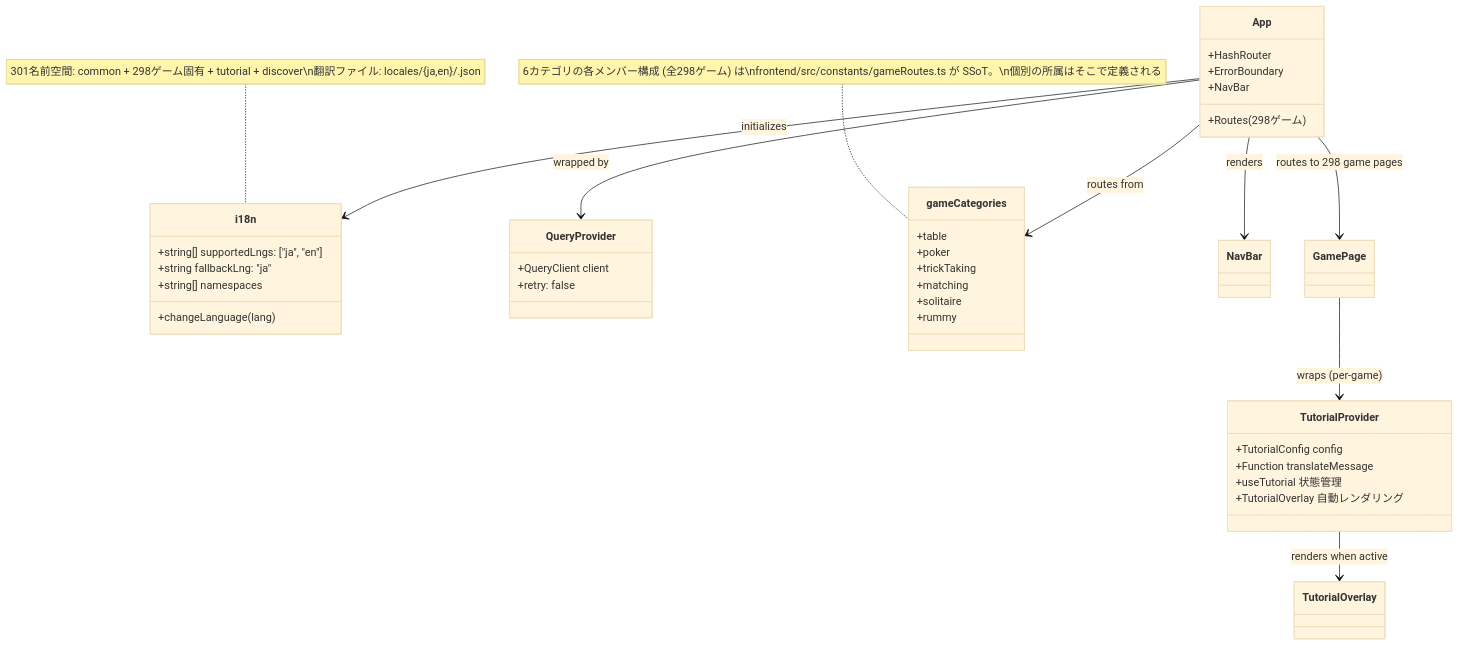
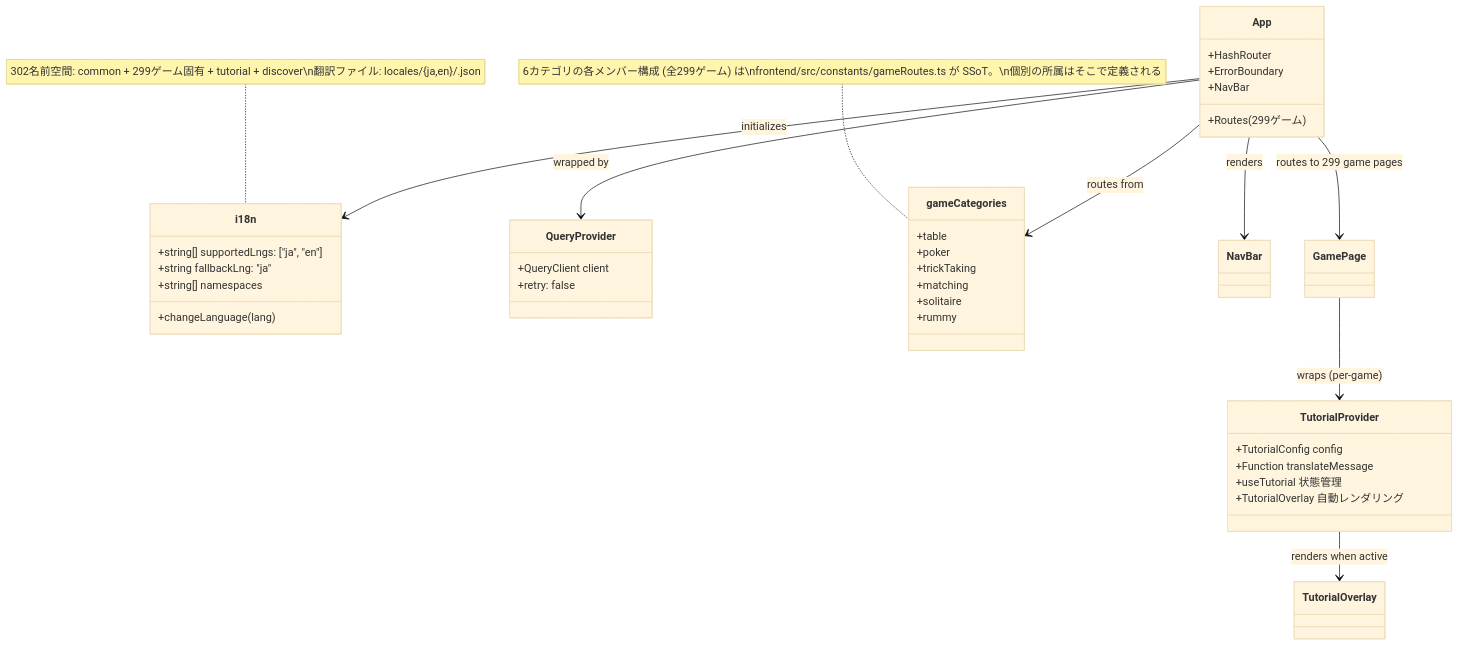
Before and after one commit to yuta-yoshinaga/go_trumpcards: the ninth of 49 diagrams in docs/design/frontend.md, drawn with Mermaid (base theme). The commit also changed other lines of this file and 59 other files, not shown here.

````diff
--- a/docs/design/frontend.md
+++ b/docs/design/frontend.md
@@ -1869,48 +1869,48 @@
 ```mermaid
 classDiagram
     class i18n {
         +string[] supportedLngs: ["ja", "en"]
         +string fallbackLng: "ja"
         +string[] namespaces
         +changeLanguage(lang)
     }
 
     class QueryProvider {
         +QueryClient client
         +retry: false
     }
 
     class App {
         +HashRouter
         +ErrorBoundary
         +NavBar
-        +Routes (298ゲーム)
+        +Routes (299ゲーム)
     }
 
     class gameCategories {
         +table
         +poker
         +trickTaking
         +matching
         +solitaire
         +rummy
     }
-    note for gameCategories "6カテゴリの各メンバー構成 (全298ゲーム) は\nfrontend/src/constants/gameRoutes.ts が SSoT。\n個別の所属はそこで定義される"
+    note for gameCategories "6カテゴリの各メンバー構成 (全299ゲーム) は\nfrontend/src/constants/gameRoutes.ts が SSoT。\n個別の所属はそこで定義される"
 
     class TutorialProvider {
         +TutorialConfig config
         +Function translateMessage
         +useTutorial 状態管理
         +TutorialOverlay 自動レンダリング
     }
 
     App --> QueryProvider : wrapped by
     App --> i18n : initializes
     App --> gameCategories : routes from
     App --> NavBar : renders
-    App --> GamePage : routes to 298 game pages
+    App --> GamePage : routes to 299 game pages
     GamePage --> TutorialProvider : wraps (per-game)
     TutorialProvider --> TutorialOverlay : renders when active
 
-    note for i18n "301名前空間: common + 298ゲーム固有 + tutorial + discover\n翻訳ファイル: locales/{ja,en}/<game>.json"
+    note for i18n "302名前空間: common + 299ゲーム固有 + tutorial + discover\n翻訳ファイル: locales/{ja,en}/<game>.json"
 ```
````
